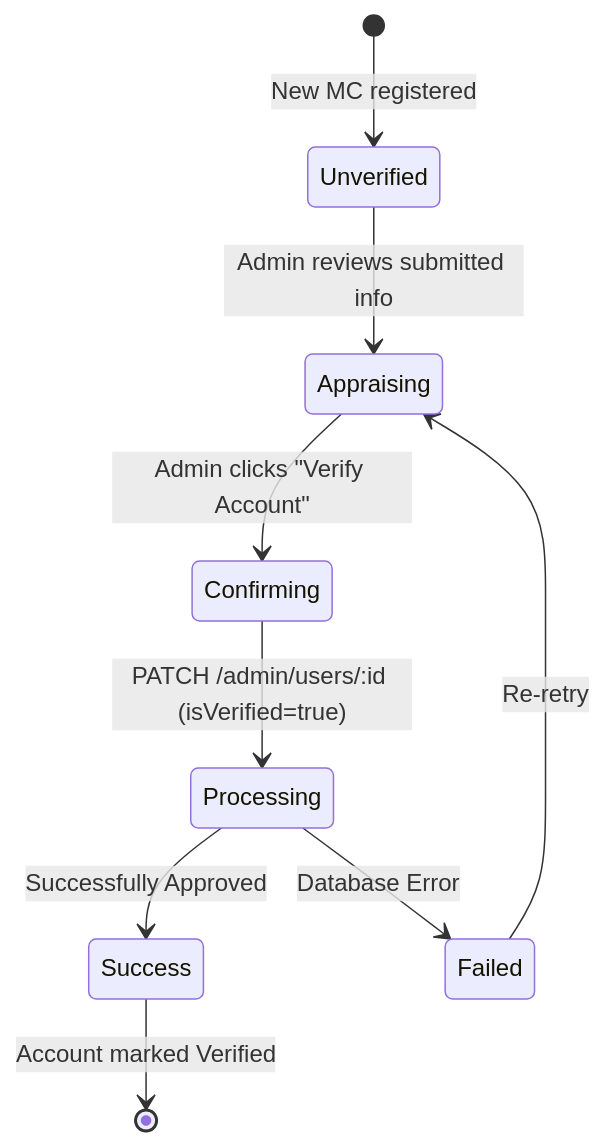
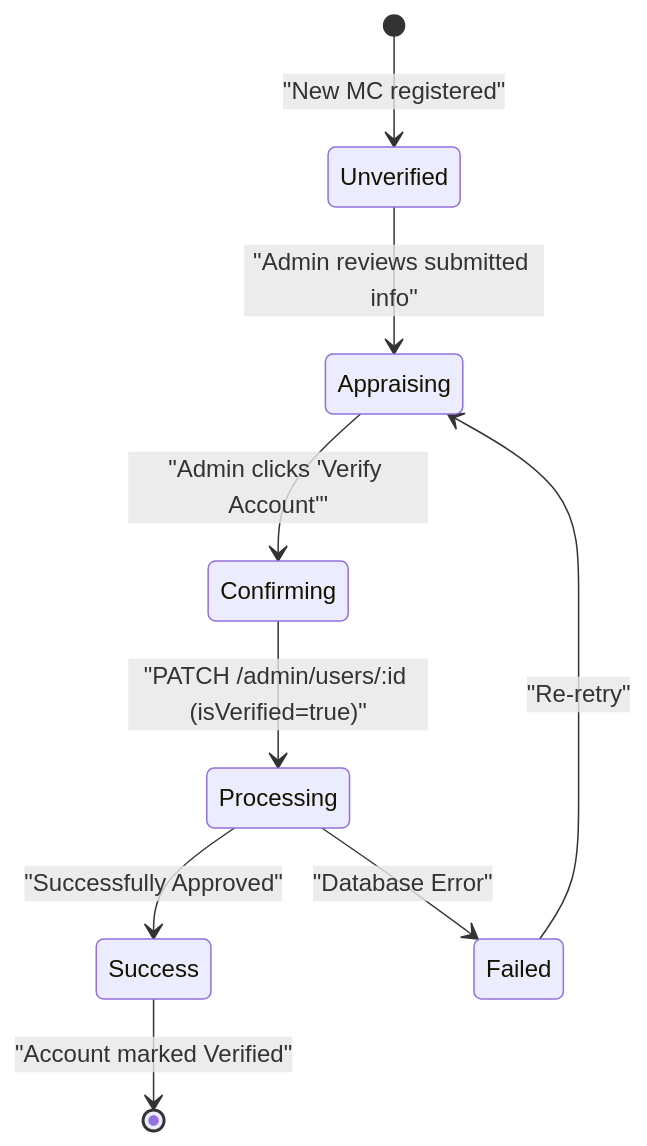
One commit to dat-21/SWD392 changed diagram 29 of 44 in UC_Backend_Design_Details.md. Above: the diagram before and after it, drawn with Mermaid. The commit also changed other lines of this file and 2 other files, not shown here.

Commit message:
style: Standardize Mermaid state diagram transition label formatting by adding quotes and a space before the colon.

````diff
--- a/UC_Backend_Design_Details.md
+++ b/UC_Backend_Design_Details.md
@@ -626,11 +626,11 @@
 ```mermaid
 stateDiagram-v2
-    [*] --> Unverified: New MC registered
-    Unverified --> Appraising: Admin reviews submitted info
-    Appraising --> Confirming: Admin clicks "Verify Account"
-    Confirming --> Processing: PATCH /admin/users/:id (isVerified=true)
-    Processing --> Success: Successfully Approved
-    Processing --> Failed: Database Error
-    Failed --> Appraising: Re-retry
-    Success --> [*]: Account marked Verified
+    [*] --> Unverified : "New MC registered"
+    Unverified --> Appraising : "Admin reviews submitted info"
+    Appraising --> Confirming : "Admin clicks 'Verify Account'"
+    Confirming --> Processing : "PATCH /admin/users/:id (isVerified=true)"
+    Processing --> Success : "Successfully Approved"
+    Processing --> Failed : "Database Error"
+    Failed --> Appraising : "Re-retry"
+    Success --> [*] : "Account marked Verified"
 ```
````
